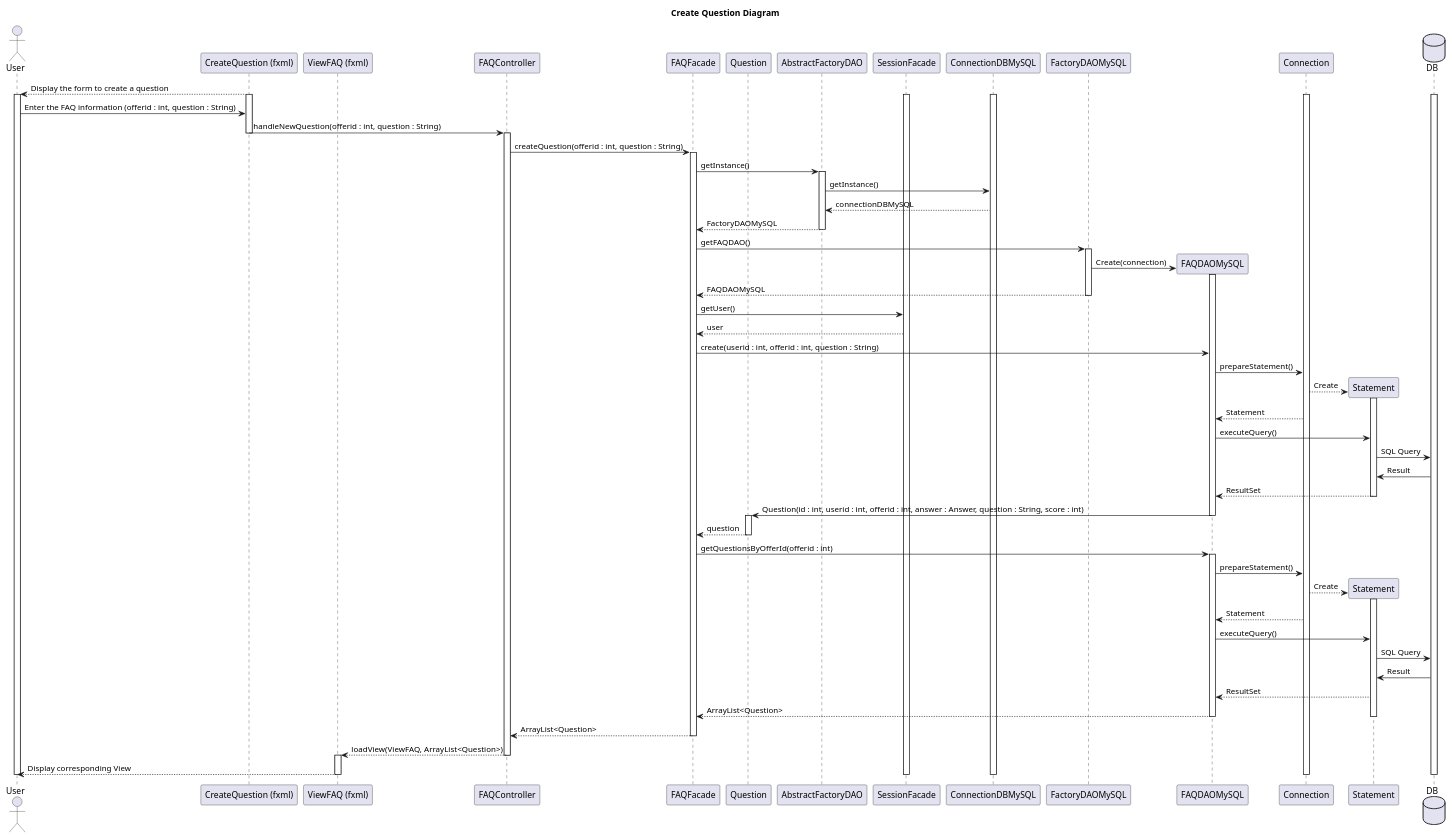
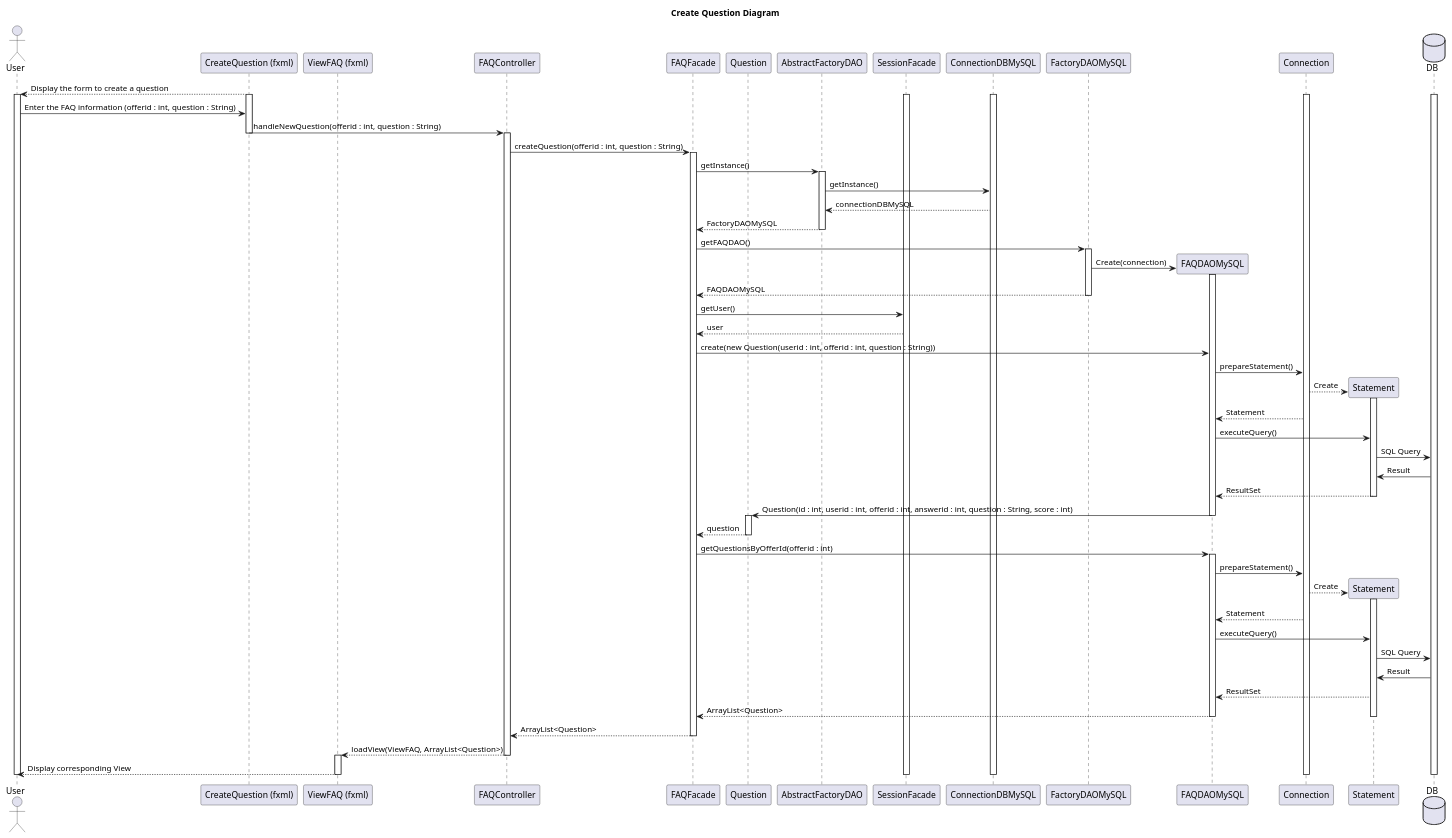
One commit to LaunoisRemy/ToolShare changed the diagram in documents/diagram/FAQ/FAQSequence.puml. Above: the diagram before and after it, drawn with PlantUML. The commit also changed 1 other file, not shown here.

Commit message:
UPDATE Diagrams for FAQ

```diff
--- a/documents/diagram/FAQ/FAQSequence.puml
+++ b/documents/diagram/FAQ/FAQSequence.puml
@@ -1,145 +1,145 @@
 @startuml
 title Create Question Diagram
 
 actor User
 participant "CreateQuestion (fxml)"
 participant "ViewFAQ (fxml)"
 participant FAQController
 participant FAQFacade
 participant Question
 participant AbstractFactoryDAO
 participant SessionFacade
 participant ConnectionDBMySQL
 participant FactoryDAOMySQL
 participant FAQDAOMySQL
 participant Connection
 participant Statement
 database DB
 
 
 "CreateQuestion (fxml)"-->User: Display the form to create a question
 
 activate "CreateQuestion (fxml)"
 activate User
 activate DB
 activate Connection
 activate ConnectionDBMySQL
 activate SessionFacade
 
 
 User->"CreateQuestion (fxml)":Enter the FAQ information (offerid : int, question : String)
 
 "CreateQuestion (fxml)"->FAQController: handleNewQuestion(offerid : int, question : String)
 
 deactivate "CreateQuestion (fxml)"
 
 activate FAQController
 
 FAQController->FAQFacade:createQuestion(offerid : int, question : String)
 
 activate FAQFacade
 
 FAQFacade->AbstractFactoryDAO:getInstance()
 
 activate AbstractFactoryDAO
 
 AbstractFactoryDAO -> ConnectionDBMySQL : getInstance()
 
 AbstractFactoryDAO <-- ConnectionDBMySQL : connectionDBMySQL
 
 AbstractFactoryDAO--> FAQFacade : FactoryDAOMySQL
 
 deactivate AbstractFactoryDAO
 
 FAQFacade -> FactoryDAOMySQL:getFAQDAO()
 
 activate FactoryDAOMySQL
 
 FactoryDAOMySQL->FAQDAOMySQL **:Create(connection)
 
 activate FAQDAOMySQL
 
 FactoryDAOMySQL-->FAQFacade:FAQDAOMySQL
 
 deactivate FactoryDAOMySQL
 
 FAQFacade->SessionFacade: getUser()
 
 SessionFacade-->FAQFacade: user
 
-FAQFacade->FAQDAOMySQL: create(userid : int, offerid : int, question : String)
+FAQFacade->FAQDAOMySQL: create(new Question(userid : int, offerid : int, question : String))
 
 FAQDAOMySQL->Connection: prepareStatement()
 
 Connection-->Statement **: Create
 
 activate Statement
 
 Connection-->FAQDAOMySQL: Statement
 
 FAQDAOMySQL->Statement:executeQuery()
 
 Statement->DB: SQL Query
 
 DB->Statement:Result
 
 Statement-->FAQDAOMySQL: ResultSet
 
 deactivate Statement
 
-FAQDAOMySQL->Question: Question(id : int, userid : int, offerid : int, answer : Answer, question : String, score : int)
+FAQDAOMySQL->Question: Question(id : int, userid : int, offerid : int, answerid : int, question : String, score : int)
 
 deactivate FAQDAOMySQL
 
 activate Question
 
 Question-->FAQFacade: question
 
 deactivate Question
 
 FAQFacade->FAQDAOMySQL: getQuestionsByOfferId(offerid : int)
 
 activate FAQDAOMySQL
 
 FAQDAOMySQL->Connection: prepareStatement()
 
 Connection-->Statement **: Create
 
 activate Statement
 
 Connection-->FAQDAOMySQL: Statement
 
 FAQDAOMySQL->Statement:executeQuery()
 
 Statement->DB: SQL Query
 
 DB->Statement:Result
 
 Statement-->FAQDAOMySQL: ResultSet
 
 FAQDAOMySQL-->FAQFacade: ArrayList<Question>
 
 deactivate FAQDAOMySQL
 
 deactivate Statement
 
 FAQFacade-->FAQController: ArrayList<Question>
 
 deactivate FAQFacade
 
 FAQController-->"ViewFAQ (fxml)": loadView(ViewFAQ, ArrayList<Question>)
 
 deactivate FAQController
 
 activate "ViewFAQ (fxml)"
 
 "ViewFAQ (fxml)"-->User: Display corresponding View
 
 deactivate SessionFacade
 deactivate "ViewFAQ (fxml)"
 deactivate DB
 deactivate User
 deactivate ConnectionDBMySQL
 deactivate Connection
 
 @enduml
```
